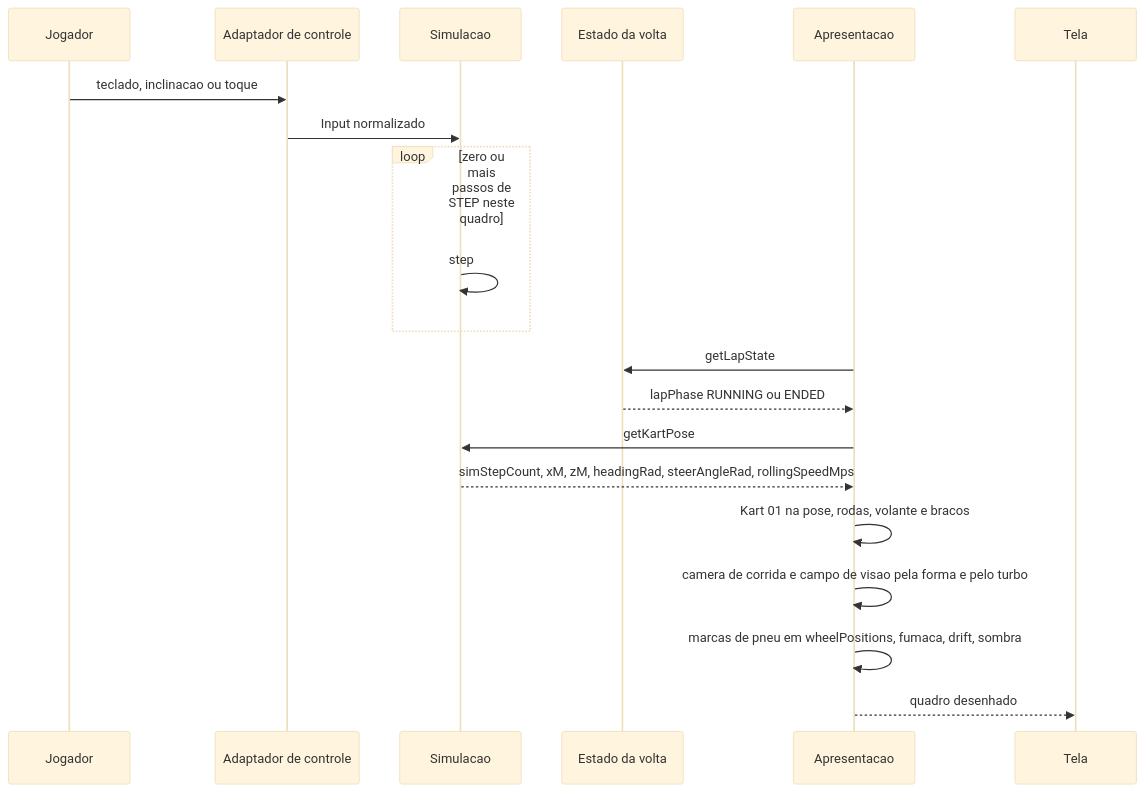
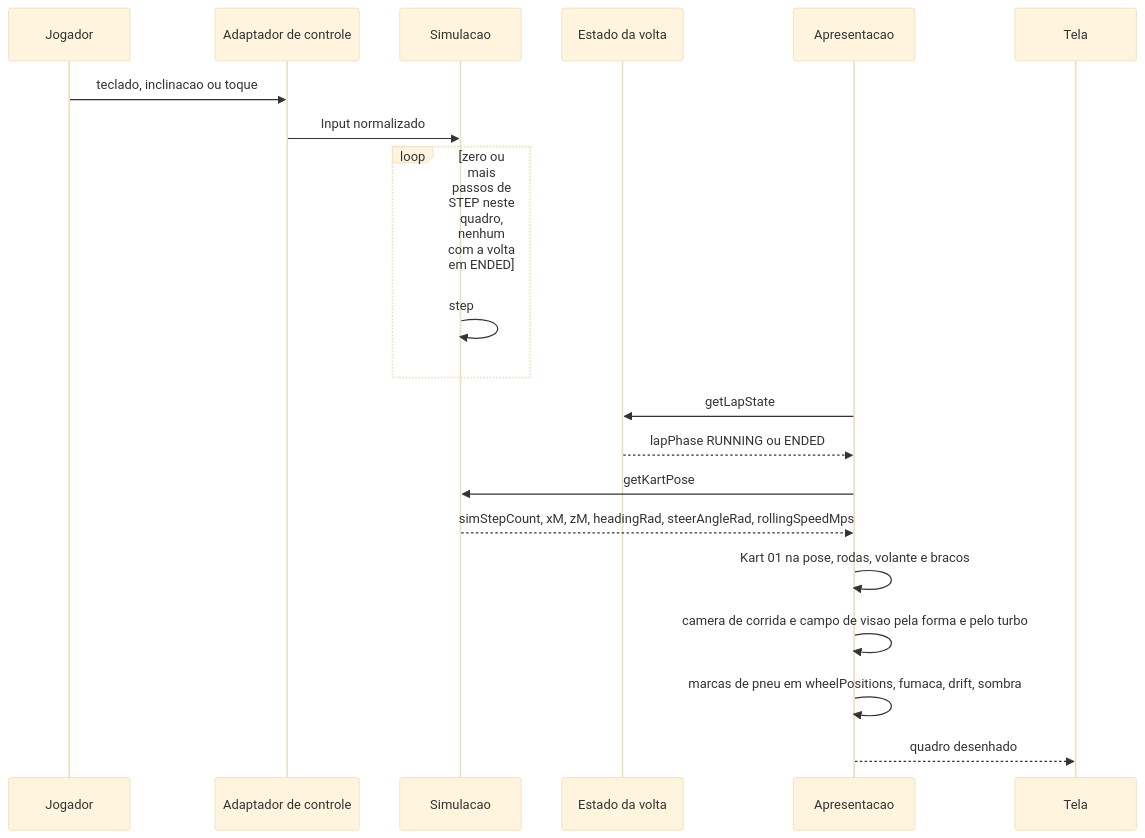
One commit to edumatosr6-svg/kartle-staging changed the diagram in 300 Specs/320 F-Specs/Output/modelo-kart-01/flows/FLOW-0001-quadro-de-exibicao-em-corrida.md. Above: the diagram before and after it, drawn with Mermaid (base theme). The commit also changed other lines of this file and 28 other files, not shown here.

````diff
--- a/300 Specs/320 F-Specs/Output/modelo-kart-01/flows/FLOW-0001-quadro-de-exibicao-em-corrida.md
+++ b/300 Specs/320 F-Specs/Output/modelo-kart-01/flows/FLOW-0001-quadro-de-exibicao-em-corrida.md
@@ -26,22 +28,22 @@
 ```mermaid
 sequenceDiagram
     participant J as Jogador
     participant C as Adaptador de controle
     participant S as Simulacao
     participant V as Estado da volta
     participant A as Apresentacao
     participant T as Tela
     J->>C: teclado, inclinacao ou toque
     C->>S: Input normalizado
-    loop zero ou mais passos de STEP neste quadro
+    loop zero ou mais passos de STEP neste quadro, nenhum com a volta em ENDED
         S->>S: step
     end
     A->>V: getLapState
     V-->>A: lapPhase RUNNING ou ENDED
     A->>S: getKartPose
     S-->>A: simStepCount, xM, zM, headingRad, steerAngleRad, rollingSpeedMps
     A->>A: Kart 01 na pose, rodas, volante e bracos
     A->>A: camera de corrida e campo de visao pela forma e pelo turbo
     A->>A: marcas de pneu em wheelPositions, fumaca, drift, sombra
     A-->>T: quadro desenhado
 ```
````
